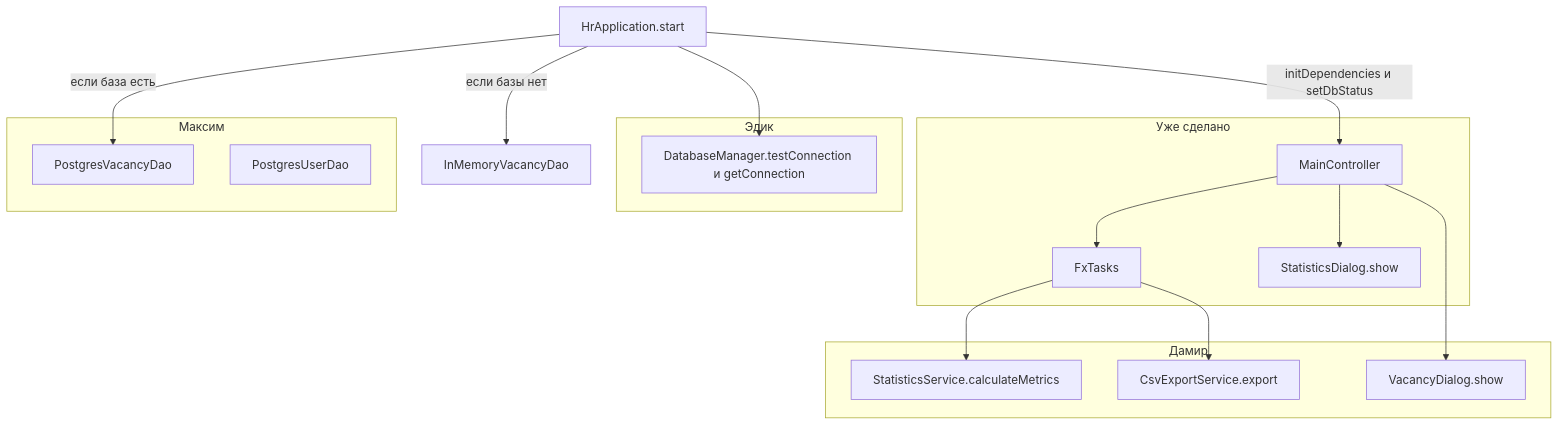
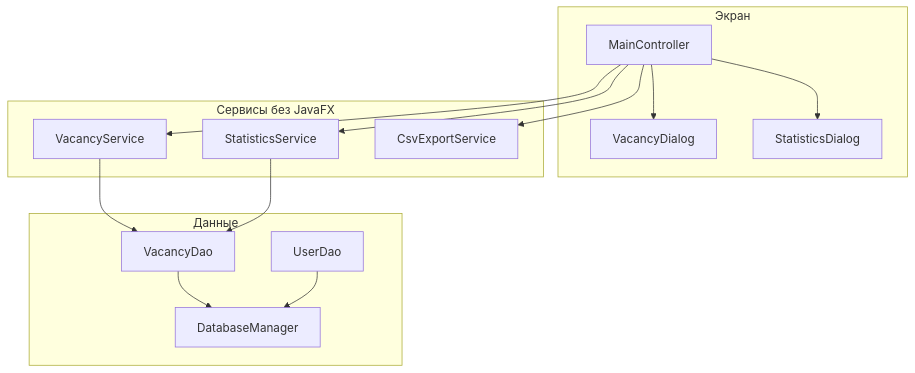
Before and after one commit to SeyYestyq/HR-System-FX: the first of 2 diagrams in docs/gleb-integration.md, drawn with Mermaid. The commit also changed other lines of this file and 13 other files, not shown here.

Commit message:
feat: finish database, vacancy form, and CSV export on the integration branch

````diff
--- a/docs/gleb-integration.md
+++ b/docs/gleb-integration.md
@@ -9,37 +19,27 @@
 ```mermaid
 flowchart TB
-    app[HrApplication.start]
-    ui[MainController]
-    fx[FxTasks]
-    app -->|initDependencies и setDbStatus| ui
-    ui --> fx
-
-    subgraph gleb [Уже сделано]
-        ui
-        fx
-        statsUi[StatisticsDialog.show]
+    subgraph screen [Экран]
+        controller[MainController]
+        dialog[VacancyDialog]
+        cards[StatisticsDialog]
     end
-
-    subgraph edik [Эдик]
-        db[DatabaseManager.testConnection и getConnection]
+    subgraph services [Сервисы без JavaFX]
+        vacancy[VacancyService]
+        stats[StatisticsService]
+        csv[CsvExportService]
     end
-
-    subgraph maxim [Максим]
-        pgVac[PostgresVacancyDao]
-        pgUser[PostgresUserDao]
+    subgraph data [Данные]
+        dao[VacancyDao]
+        users[UserDao]
+        db[DatabaseManager]
     end
-
-    subgraph damir [Дамир]
-        metrics[StatisticsService.calculateMetrics]
-        csv[CsvExportService.export]
-        form[VacancyDialog.show]
-    end
-
-    app --> db
-    app -->|если база есть| pgVac
-    app -->|если базы нет| memory[InMemoryVacancyDao]
-    fx --> metrics
-    fx --> csv
-    ui --> form
-    ui --> statsUi
+    controller --> vacancy
+    controller --> stats
+    controller --> csv
+    controller --> dialog
+    controller --> cards
+    vacancy --> dao
+    stats --> dao
+    dao --> db
+    users --> db
 ```
````
